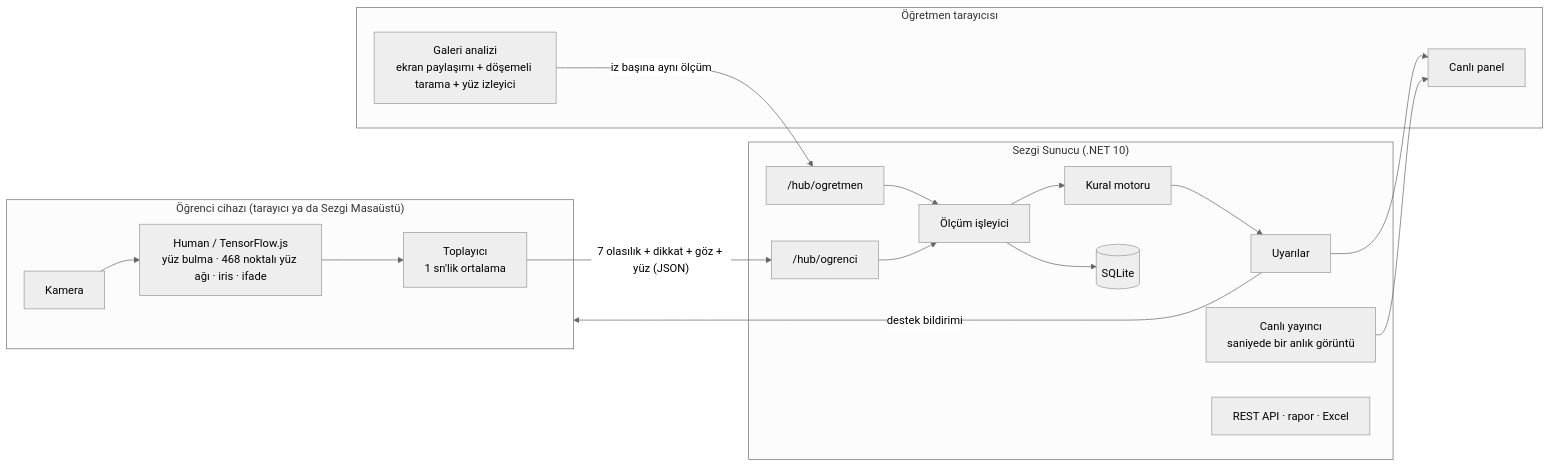
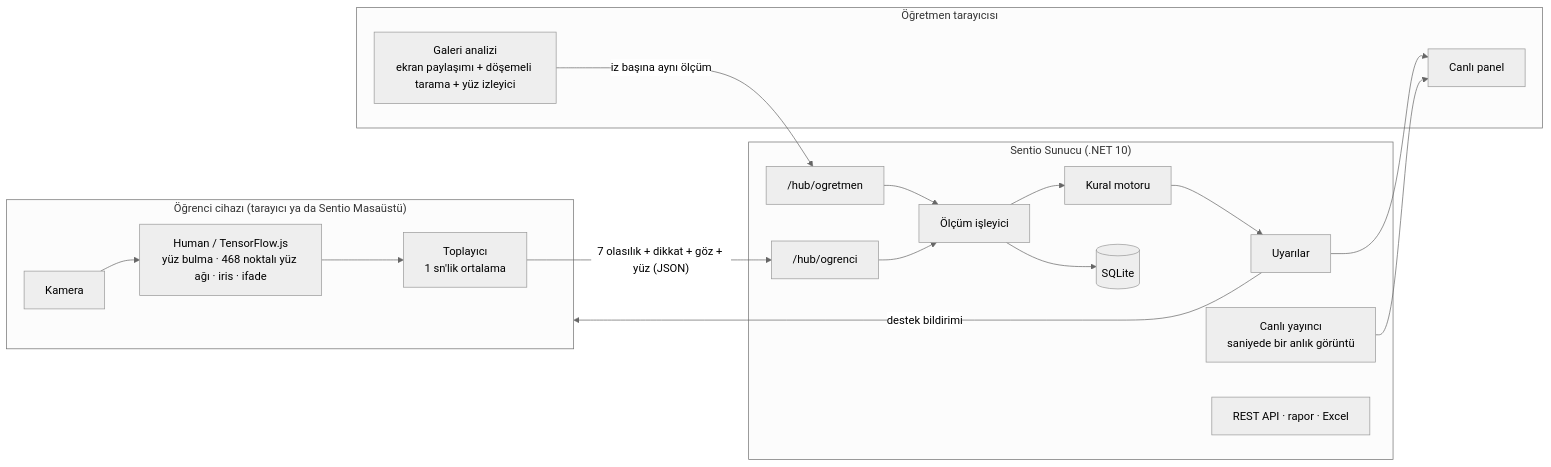
Before and after one commit to SonerKeser/Sentio: the diagram in docs/MIMARI.md, drawn with Mermaid (neutral theme). The commit also changed other lines of this file and 150 other files, not shown here.

First line of the commit message:
Sentio 1.2.0: proje adı Sezgi'den Sentio'ya değişti

````diff
--- a/docs/MIMARI.md
+++ b/docs/MIMARI.md
@@ -3,25 +3,25 @@
 ```mermaid
 flowchart LR
-  subgraph Ogrenci["Öğrenci cihazı (tarayıcı ya da Sezgi Masaüstü)"]
+  subgraph Ogrenci["Öğrenci cihazı (tarayıcı ya da Sentio Masaüstü)"]
     K[Kamera] --> M["Human / TensorFlow.js<br/>yüz bulma · 468 noktalı yüz ağı · iris · ifade"]
     M --> T["Toplayıcı<br/>1 sn'lik ortalama"]
   end
   subgraph Ogretmen["Öğretmen tarayıcısı"]
     P[Canlı panel]
     G["Galeri analizi<br/>ekran paylaşımı + döşemeli tarama + yüz izleyici"]
   end
-  subgraph Sunucu["Sezgi Sunucu (.NET 10)"]
+  subgraph Sunucu["Sentio Sunucu (.NET 10)"]
     H1["/hub/ogrenci"] --> I[Ölçüm işleyici]
     H2["/hub/ogretmen"] --> I
     I --> R[Kural motoru]
     I --> Y[(SQLite)]
     R --> U[Uyarılar]
     C["Canlı yayıncı<br/>saniyede bir anlık görüntü"]
     A[REST API · rapor · Excel]
   end
   T -- "7 olasılık + dikkat + göz + yüz (JSON)" --> H1
   G -- "iz başına aynı ölçüm" --> H2
   C --> P
   U --> P
   U -- "destek bildirimi" --> Ogrenci
 ```
````
